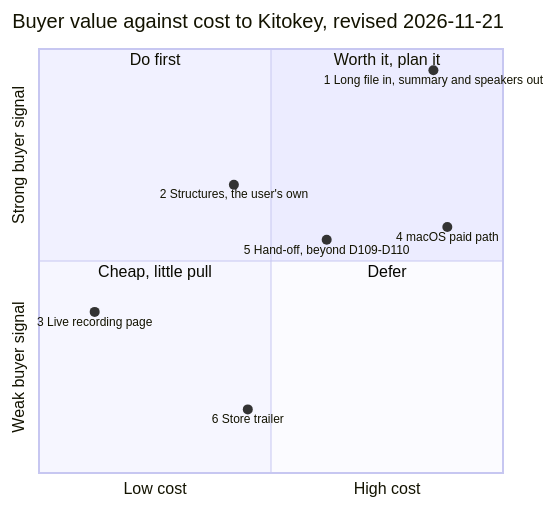
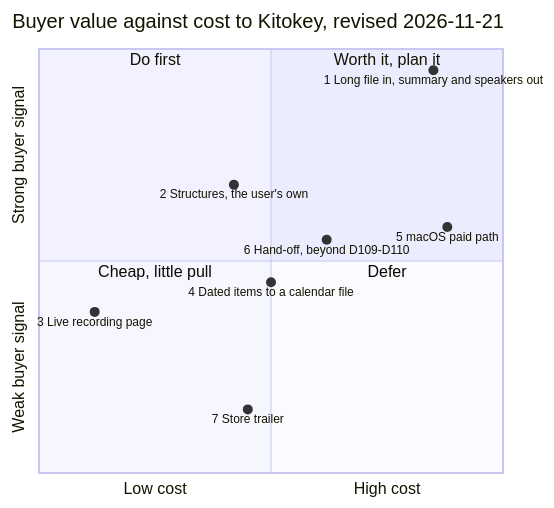
Before and after one commit to NapkinStack/kitokey: the diagram in docs/project/reviews/2026-11-21-cycle-12-priorities.md, drawn with Mermaid. The commit also changed other lines of this file, not shown here.

First line of the commit message:
Cycle 12's priorities: candidate 8, dated items to a calendar file, studied and ranked

````diff
--- a/docs/project/reviews/2026-11-21-cycle-12-priorities.md
+++ b/docs/project/reviews/2026-11-21-cycle-12-priorities.md
@@ -27,16 +28,17 @@
 ```mermaid
 quadrantChart
     title Buyer value against cost to Kitokey, revised 2026-11-21
     x-axis "Low cost" --> "High cost"
     y-axis "Weak buyer signal" --> "Strong buyer signal"
     quadrant-1 "Worth it, plan it"
     quadrant-2 "Do first"
     quadrant-3 "Cheap, little pull"
     quadrant-4 "Defer"
     "1 Long file in, summary and speakers out": [0.85, 0.95]
     "2 Structures, the user's own": [0.42, 0.68]
     "3 Live recording page": [0.12, 0.38]
-    "4 macOS paid path": [0.88, 0.58]
-    "5 Hand-off, beyond D109-D110": [0.62, 0.55]
-    "6 Store trailer": [0.45, 0.15]
+    "4 Dated items to a calendar file": [0.5, 0.45]
+    "5 macOS paid path": [0.88, 0.58]
+    "6 Hand-off, beyond D109-D110": [0.62, 0.55]
+    "7 Store trailer": [0.45, 0.15]
 ```
````
